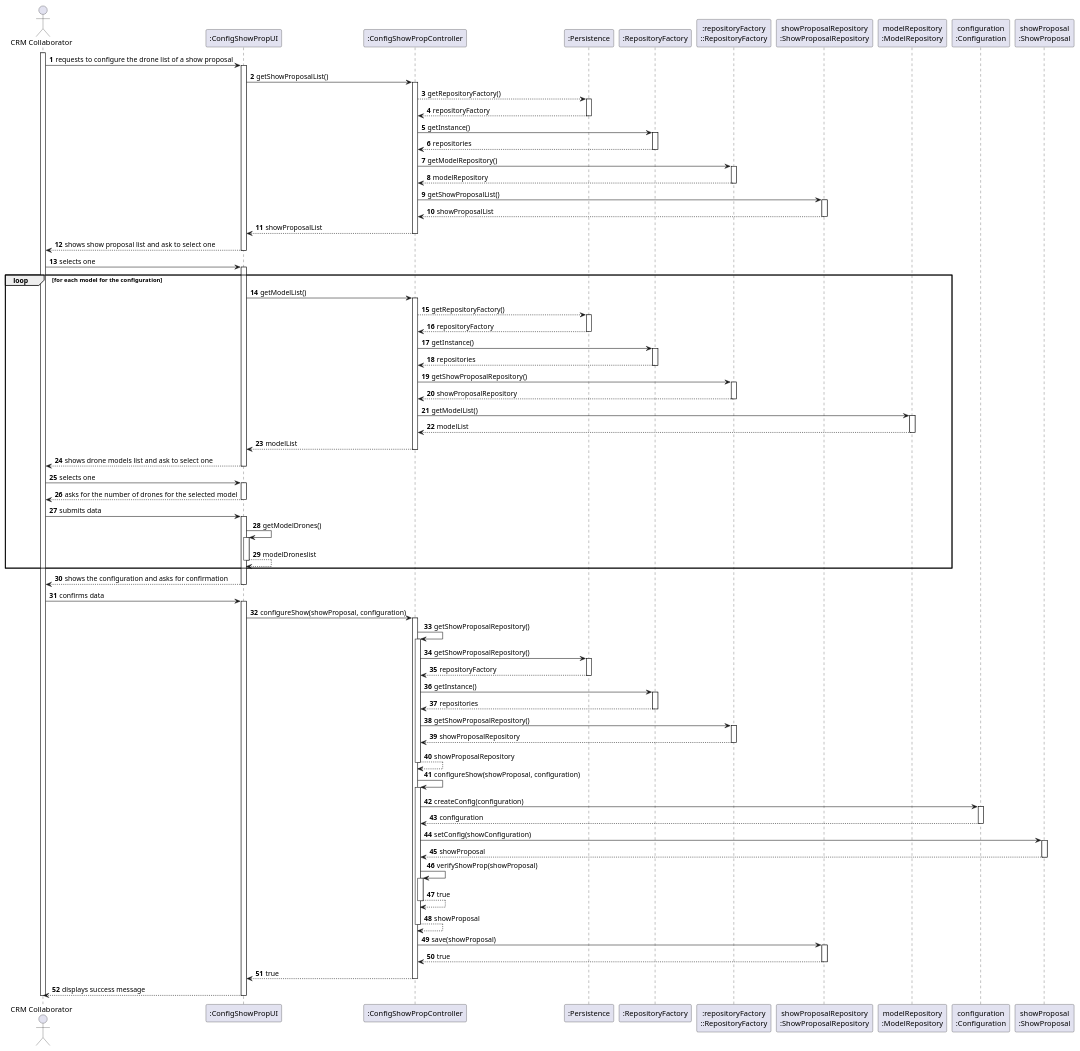
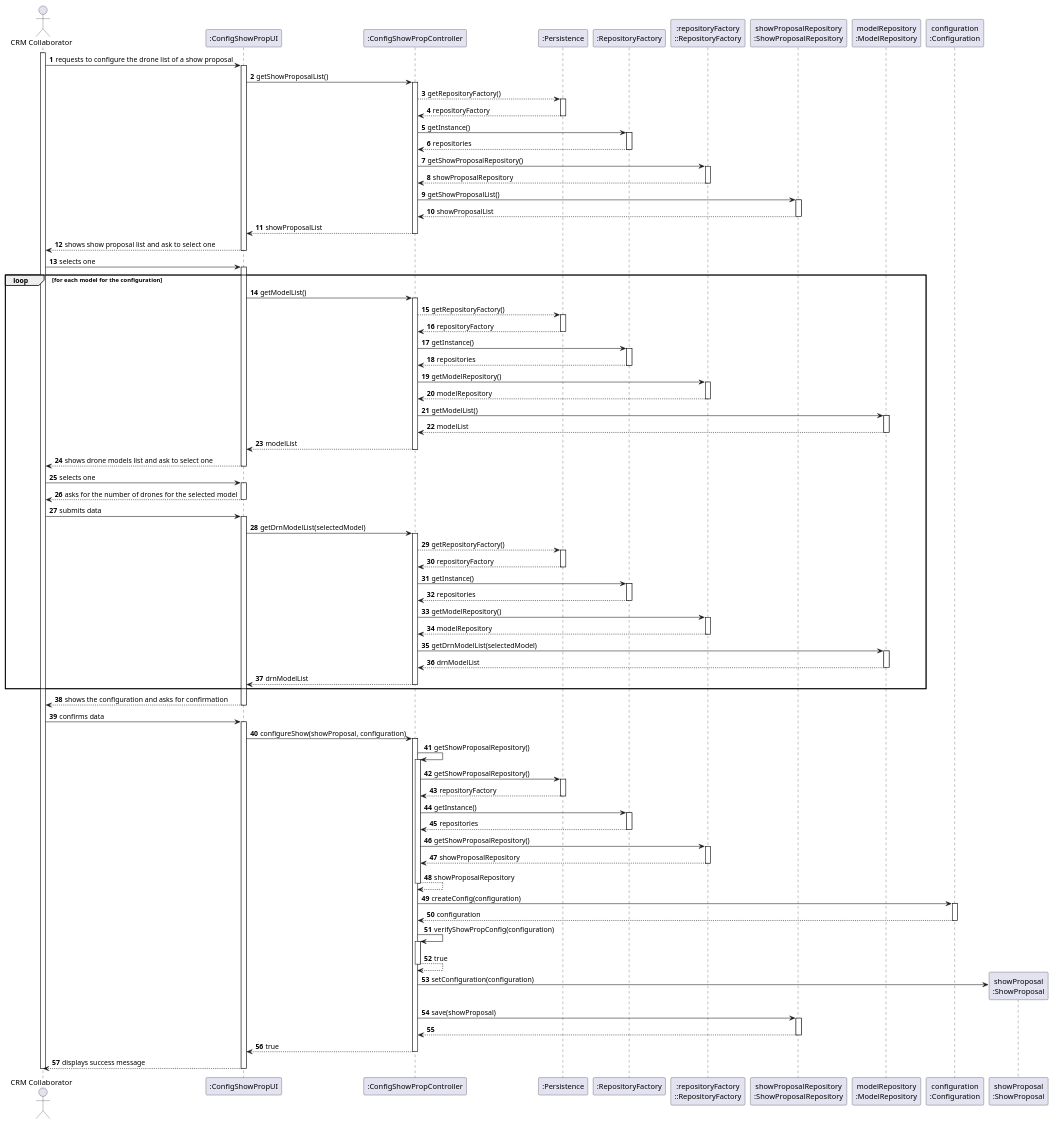
Before and after one commit to diogoveirospro/sem4pi-2024-2025-sem4pi_2024_2025_g44: the diagram in docs/SPRINT_3/US311/puml/sequence_diagram_us311.puml, drawn with PlantUML. The commit also changed 4 other files, not shown here.

```diff
--- a/docs/SPRINT_3/US311/puml/sequence_diagram_us311.puml
+++ b/docs/SPRINT_3/US311/puml/sequence_diagram_us311.puml
@@ -1,141 +1,150 @@
 @startuml
 'skinparam monochrome
 
 skinparam packageStyle rectangle
 skinparam shadowing false
 
 autonumber
 
 actor "CRM Collaborator" as DT
 participant ":ConfigShowPropUI" as UI
 participant ":ConfigShowPropController" as CTRL
 participant ":Persistence" as PERS
 participant ":RepositoryFactory" as REPOS
 participant ":repositoryFactory\n::RepositoryFactory" as REPOS_SINGLETON
 participant "showProposalRepository\n:ShowProposalRepository" as SP_REPO
 participant "modelRepository\n:ModelRepository" as MOD_REPO
 participant "configuration\n:Configuration" as CONF
 participant "showProposal\n:ShowProposal" as SP
 
 activate DT
 
 DT -> UI : requests to configure the drone list of a show proposal
 activate UI
     UI -> CTRL : getShowProposalList()
     activate CTRL
 
     CTRL --> PERS : getRepositoryFactory()
     activate PERS
     PERS --> CTRL : repositoryFactory
     deactivate PERS
     CTRL -> REPOS : getInstance()
     activate REPOS
     REPOS --> CTRL : repositories
     deactivate REPOS
-    CTRL -> REPOS_SINGLETON : getModelRepository()
+    CTRL -> REPOS_SINGLETON : getShowProposalRepository()
     activate REPOS_SINGLETON
-    REPOS_SINGLETON --> CTRL : modelRepository
+    REPOS_SINGLETON --> CTRL : showProposalRepository
     deactivate REPOS_SINGLETON
     CTRL -> SP_REPO : getShowProposalList()
     activate SP_REPO
     SP_REPO --> CTRL : showProposalList
     deactivate SP_REPO
     CTRL --> UI : showProposalList
     deactivate CTRL
     UI --> DT : shows show proposal list and ask to select one
     deactivate UI
     DT -> UI : selects one
     activate UI
     loop for each model for the configuration
     UI -> CTRL : getModelList()
         activate CTRL
 
         CTRL --> PERS : getRepositoryFactory()
         activate PERS
         PERS --> CTRL : repositoryFactory
         deactivate PERS
         CTRL -> REPOS : getInstance()
         activate REPOS
         REPOS --> CTRL : repositories
         deactivate REPOS
-        CTRL -> REPOS_SINGLETON : getShowProposalRepository()
+        CTRL -> REPOS_SINGLETON : getModelRepository()
         activate REPOS_SINGLETON
-        REPOS_SINGLETON --> CTRL : showProposalRepository
+        REPOS_SINGLETON --> CTRL : modelRepository
         deactivate REPOS_SINGLETON
         CTRL -> MOD_REPO : getModelList()
         activate MOD_REPO
         MOD_REPO --> CTRL : modelList
         deactivate MOD_REPO
         CTRL --> UI : modelList
         deactivate CTRL
     UI --> DT : shows drone models list and ask to select one
     deactivate UI
     DT -> UI : selects one
         activate UI
         UI --> DT : asks for the number of drones for the selected model
         deactivate UI
          DT -> UI : submits data
          activate UI
-         UI -> UI : getModelDrones()
-         activate UI
-         UI--> UI: modelDroneslist
-         deactivate UI
+         UI -> CTRL : getDrnModelList(selectedModel)
+                 activate CTRL
+
+                 CTRL --> PERS : getRepositoryFactory()
+                 activate PERS
+                 PERS --> CTRL : repositoryFactory
+                 deactivate PERS
+                 CTRL -> REPOS : getInstance()
+                 activate REPOS
+                 REPOS --> CTRL : repositories
+                 deactivate REPOS
+                 CTRL -> REPOS_SINGLETON : getModelRepository()
+                 activate REPOS_SINGLETON
+                 REPOS_SINGLETON --> CTRL : modelRepository
+                 deactivate REPOS_SINGLETON
+                 CTRL -> MOD_REPO : getDrnModelList(selectedModel)
+                 activate MOD_REPO
+                 MOD_REPO --> CTRL : drnModelList
+                 deactivate MOD_REPO
+                 CTRL --> UI : drnModelList
+                 deactivate CTRL
          end loop
 
                 UI --> DT : shows the configuration and asks for confirmation
                 deactivate UI
     DT -> UI : confirms data
     activate UI
     UI -> CTRL : configureShow(showProposal, configuration)
     activate CTRL
         CTRL -> CTRL :getShowProposalRepository()
         activate CTRL
         CTRL -> PERS : getShowProposalRepository()
                                                 activate PERS
                                                 PERS --> CTRL : repositoryFactory
                                                 deactivate PERS
         CTRL -> REPOS : getInstance()
         activate REPOS
             REPOS --> CTRL : repositories
         deactivate REPOS
 
         CTRL -> REPOS_SINGLETON : getShowProposalRepository()
         activate REPOS_SINGLETON
             REPOS_SINGLETON --> CTRL : showProposalRepository
             deactivate REPOS_SINGLETON
         CTRL -->CTRL : showProposalRepository
         deactivate CTRL
-        CTRL -> CTRL : configureShow(showProposal, configuration)
-        activate CTRL
+
          CTRL -> CONF : createConfig(configuration)
                 activate CONF
                 CONF --> CTRL : configuration
                 deactivate CONF
-
-                CTRL ->SP : setConfig(showConfiguration)
-                activate SP
-                SP --> CTRL : showProposal
-                deactivate SP
-                CTRL -> CTRL : verifyShowProp(showProposal)
+ CTRL -> CTRL : verifyShowPropConfig(configuration)
                 activate CTRL
                 CTRL --> CTRL: true
                 deactivate CTRL
-        CTRL --> CTRL : showProposal
-        deactivate CTRL
-            CTRL -> SP_REPO : save(showProposal)
+                CTRL ->SP** : setConfiguration(configuration)
 
-            activate SP_REPO
+                 CTRL -> SP_REPO : save(showProposal)
 
-           SP_REPO --> CTRL : true
-
-        deactivate SP_REPO
+                activate SP_REPO
+                SP_REPO --> CTRL :
+                deactivate SP_REPO
 
         CTRL --> UI : true
 
     deactivate CTRL
 
 UI --> DT : displays success message
 deactivate UI
 deactivate DT
 
 @enduml
```
